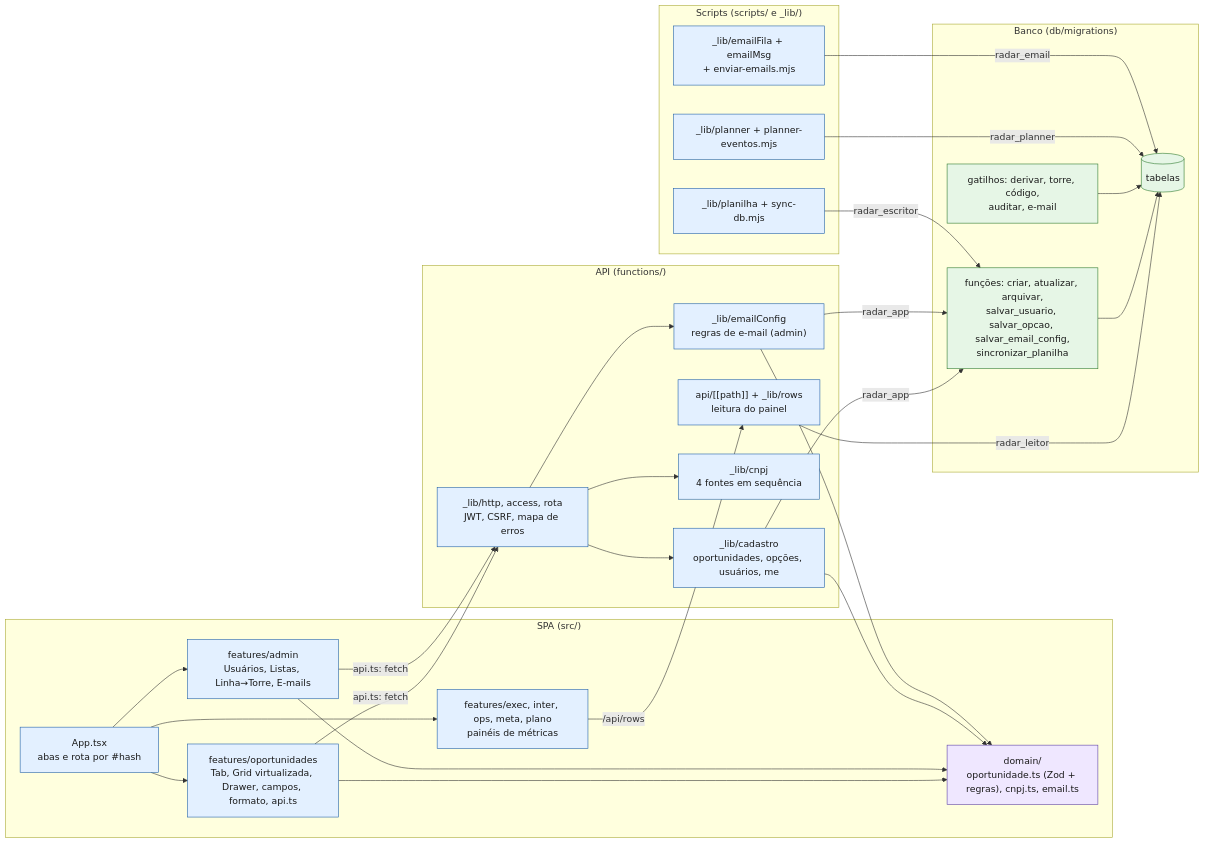
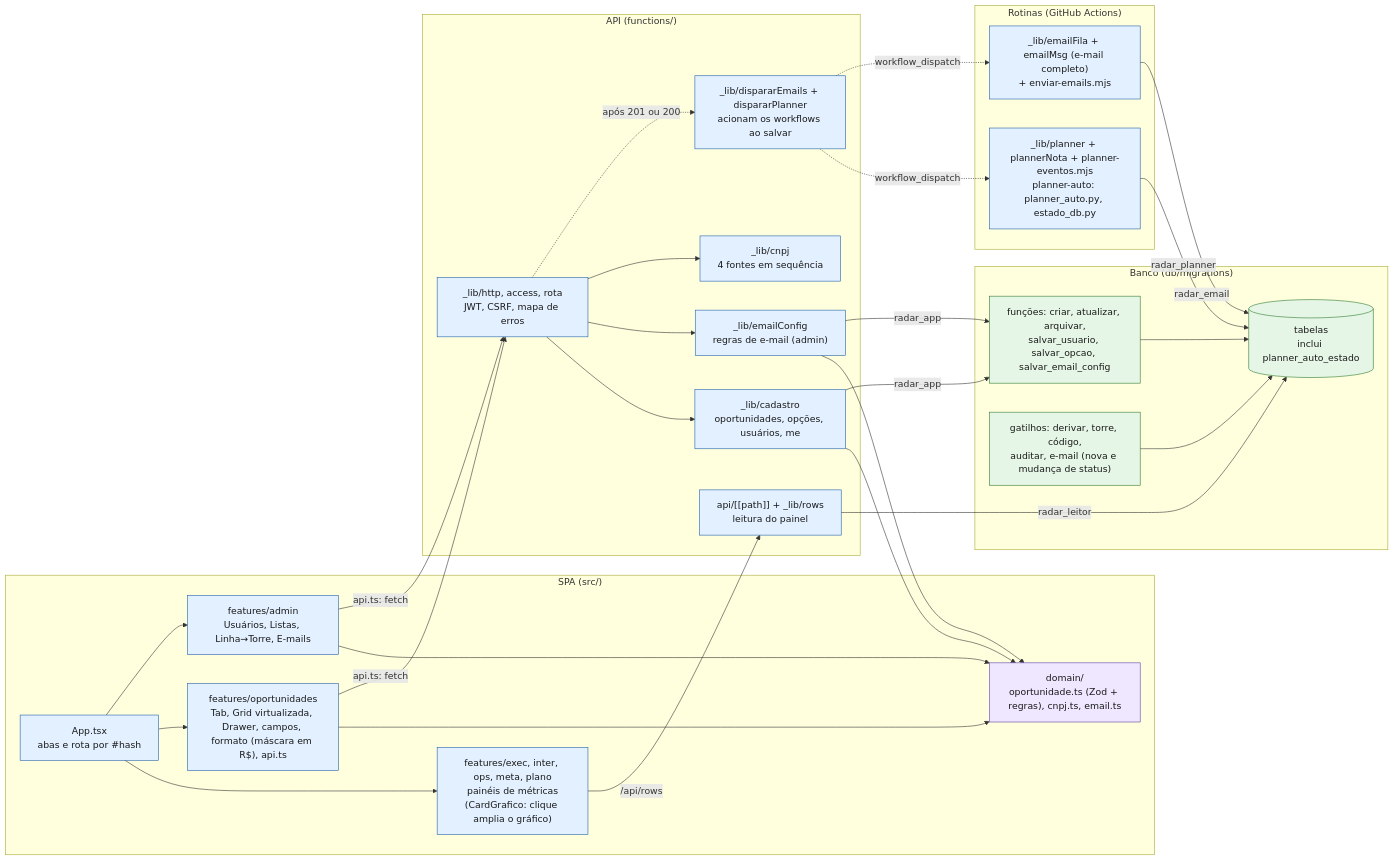
The fifth of 22 diagrams in docs/DIAGRAMAS.md (agentanalisedegoverno-svg/dashboard-metrics-team), drawn with Mermaid before and after one commit. The commit also changed other lines of this file and 23 other files, not shown here.

Commit message:
docs: atualizar arquitetura, diagramas (D1 a D19, SVG) e documentos ao estado de 28/10/2026

````diff
--- a/docs/DIAGRAMAS.md
+++ b/docs/DIAGRAMAS.md
@@ -211,56 +216,58 @@
 ```mermaid
 flowchart LR
   classDef interno fill:#e3f0ff,stroke:#1f5fa8,color:#1a1a1a
   classDef dados fill:#e6f6e6,stroke:#2d7a2d,color:#1a1a1a
   classDef comum fill:#efe7ff,stroke:#5b3fa6,color:#1a1a1a
 
   subgraph spa["SPA (src/)"]
     APP["App.tsx<br/>abas e rota por #hash"]:::interno
-    PNL["features/exec, inter, ops, meta, plano<br/>painéis de métricas"]:::interno
-    OPT["features/oportunidades<br/>Tab, Grid virtualizada, Drawer, campos, formato, api.ts"]:::interno
+    PNL["features/exec, inter, ops, meta, plano<br/>painéis de métricas<br/>(CardGrafico: clique amplia o gráfico)"]:::interno
+    OPT["features/oportunidades<br/>Tab, Grid virtualizada, Drawer, campos, formato (máscara em R$), api.ts"]:::interno
     ADM["features/admin<br/>Usuários, Listas, Linha→Torre, E-mails"]:::interno
     DOM["domain/<br/>oportunidade.ts (Zod + regras), cnpj.ts, email.ts"]:::comum
   end
 
   subgraph fn["API (functions/)"]
     HTTP["_lib/http, access, rota<br/>JWT, CSRF, mapa de erros"]:::interno
     CAD["_lib/cadastro<br/>oportunidades, opções, usuários, me"]:::interno
     EMC["_lib/emailConfig<br/>regras de e-mail (admin)"]:::interno
     CNP["_lib/cnpj<br/>4 fontes em sequência"]:::interno
+    DSP["_lib/dispararEmails + dispararPlanner<br/>acionam os workflows ao salvar"]:::interno
     ROWS["api/[[path]] + _lib/rows<br/>leitura do painel"]:::interno
   end
 
-  subgraph scr["Scripts (scripts/ e _lib/)"]
-    PLA["_lib/planilha + sync-db.mjs"]:::interno
-    PLE["_lib/planner + planner-eventos.mjs"]:::interno
-    EMF["_lib/emailFila + emailMsg<br/>+ enviar-emails.mjs"]:::interno
+  subgraph scr["Rotinas (GitHub Actions)"]
+    PLE["_lib/planner + plannerNota + planner-eventos.mjs<br/>planner-auto: planner_auto.py, estado_db.py"]:::interno
+    EMF["_lib/emailFila + emailMsg (e-mail completo)<br/>+ enviar-emails.mjs"]:::interno
   end
 
   subgraph bd["Banco (db/migrations)"]
-    FUN["funções: criar, atualizar, arquivar,<br/>salvar_usuario, salvar_opcao, salvar_email_config,<br/>sincronizar_planilha"]:::dados
-    TRG["gatilhos: derivar, torre, código,<br/>auditar, e-mail"]:::dados
-    TAB[("tabelas")]:::dados
+    FUN["funções: criar, atualizar, arquivar,<br/>salvar_usuario, salvar_opcao, salvar_email_config"]:::dados
+    TRG["gatilhos: derivar, torre, código,<br/>auditar, e-mail (nova e mudança de status)"]:::dados
+    TAB[("tabelas<br/>inclui planner_auto_estado")]:::dados
   end
 
   APP --> PNL
   APP --> OPT
   APP --> ADM
   OPT --> DOM
   ADM --> DOM
   OPT -->|"api.ts: fetch"| HTTP
   ADM -->|"api.ts: fetch"| HTTP
   PNL -->|"/api/rows"| ROWS
   HTTP --> CAD
   HTTP --> EMC
   HTTP --> CNP
+  HTTP -.->|"após 201 ou 200"| DSP
   CAD --> DOM
   EMC --> DOM
   CAD -->|"radar_app"| FUN
   EMC -->|"radar_app"| FUN
   ROWS -->|"radar_leitor"| TAB
   FUN --> TAB
   TRG --> TAB
-  PLA -->|"radar_escritor"| FUN
+  DSP -.->|"workflow_dispatch"| PLE
+  DSP -.->|"workflow_dispatch"| EMF
   PLE -->|"radar_planner"| TAB
   EMF -->|"radar_email"| TAB
 ```
````
